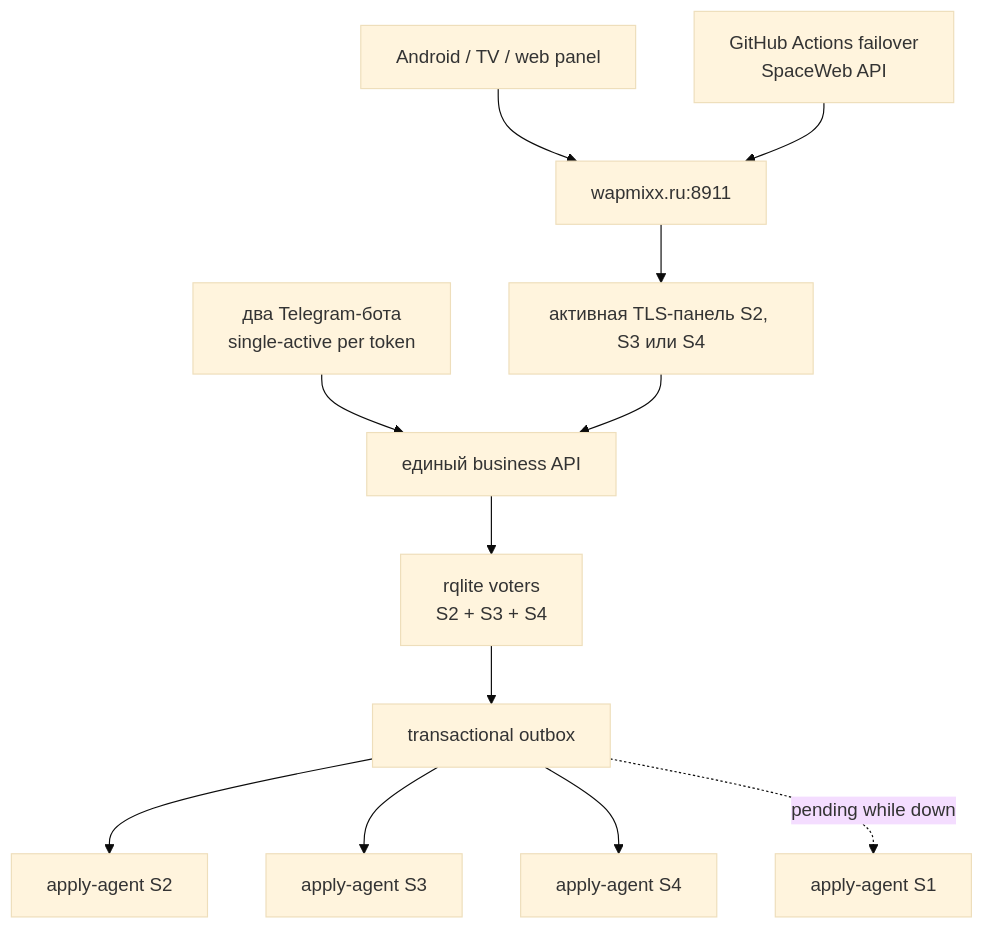
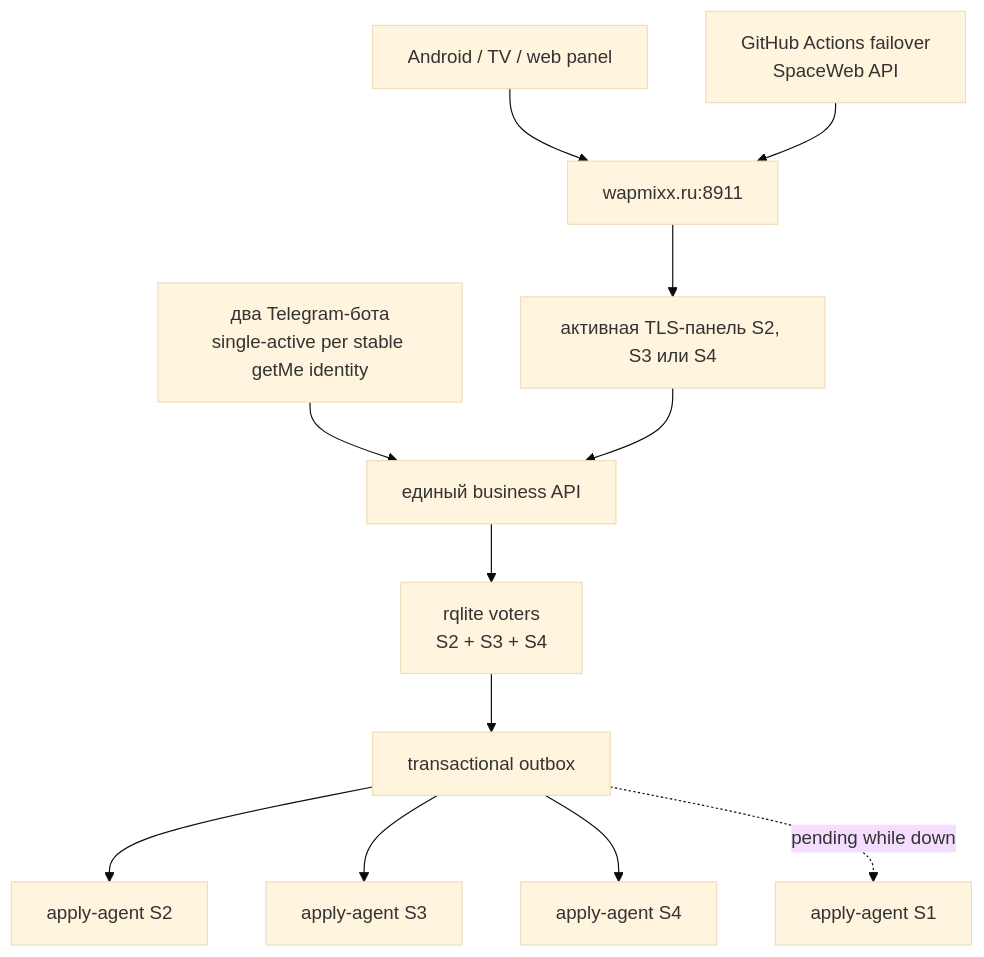
Before and after one commit to evgenmay1978-del/proectmaestro-vpn: the diagram in docs/superpowers/specs/2026-08-09-maestrovpn-ha-control-plane-design.md, drawn with Mermaid (base theme). The commit also changed other lines of this file and 7 other files, not shown here.

````diff
--- a/docs/superpowers/specs/2026-08-09-maestrovpn-ha-control-plane-design.md
+++ b/docs/superpowers/specs/2026-08-09-maestrovpn-ha-control-plane-design.md
@@ -67,14 +67,14 @@
 ```mermaid
 flowchart TD
     Clients["Android / TV / web panel"] --> Public["wapmixx.ru:8911"]
     Public --> Active["активная TLS-панель S2, S3 или S4"]
-    Bots["два Telegram-бота<br/>single-active per token"] --> API["единый business API"]
+    Bots["два Telegram-бота<br/>single-active per stable getMe identity"] --> API["единый business API"]
     Active --> API
     API --> RQ["rqlite voters<br/>S2 + S3 + S4"]
     RQ --> Outbox["transactional outbox"]
     Outbox --> A2["apply-agent S2"]
     Outbox --> A3["apply-agent S3"]
     Outbox --> A4["apply-agent S4"]
     Outbox -. pending while down .-> A1["apply-agent S1"]
     DNS["GitHub Actions failover<br/>SpaceWeb API"] --> Public
 ```
````
